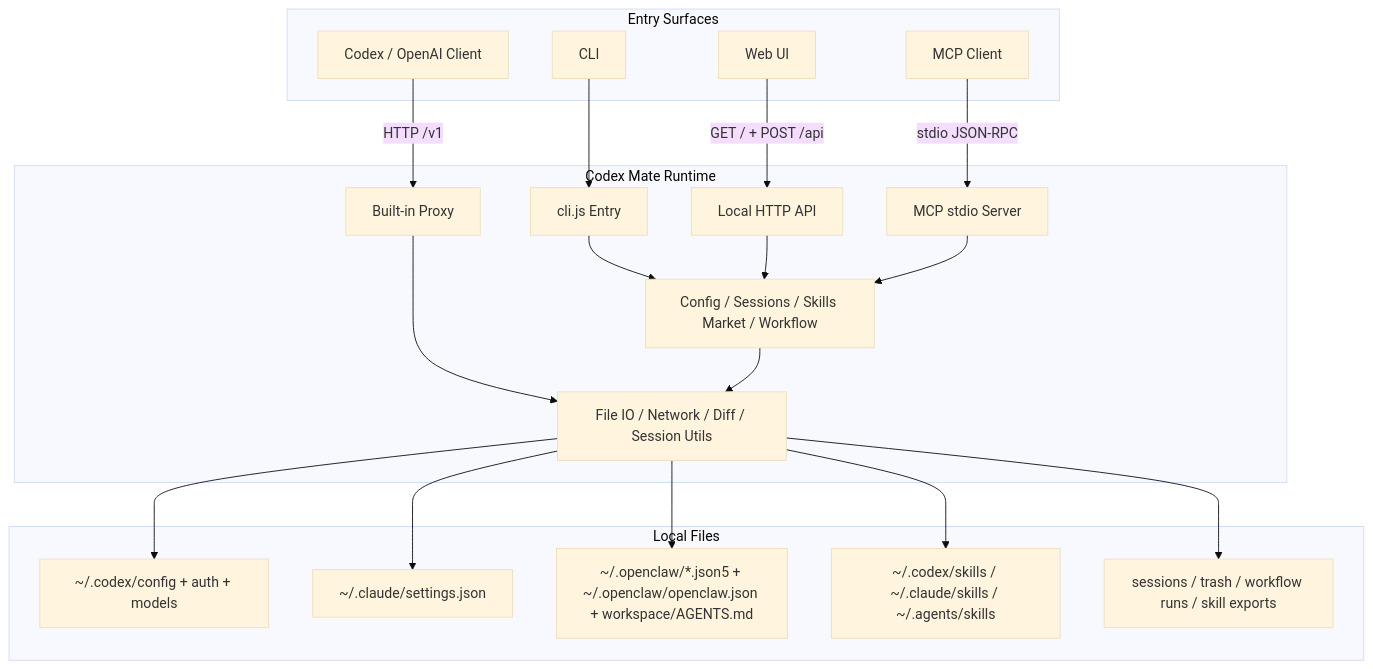
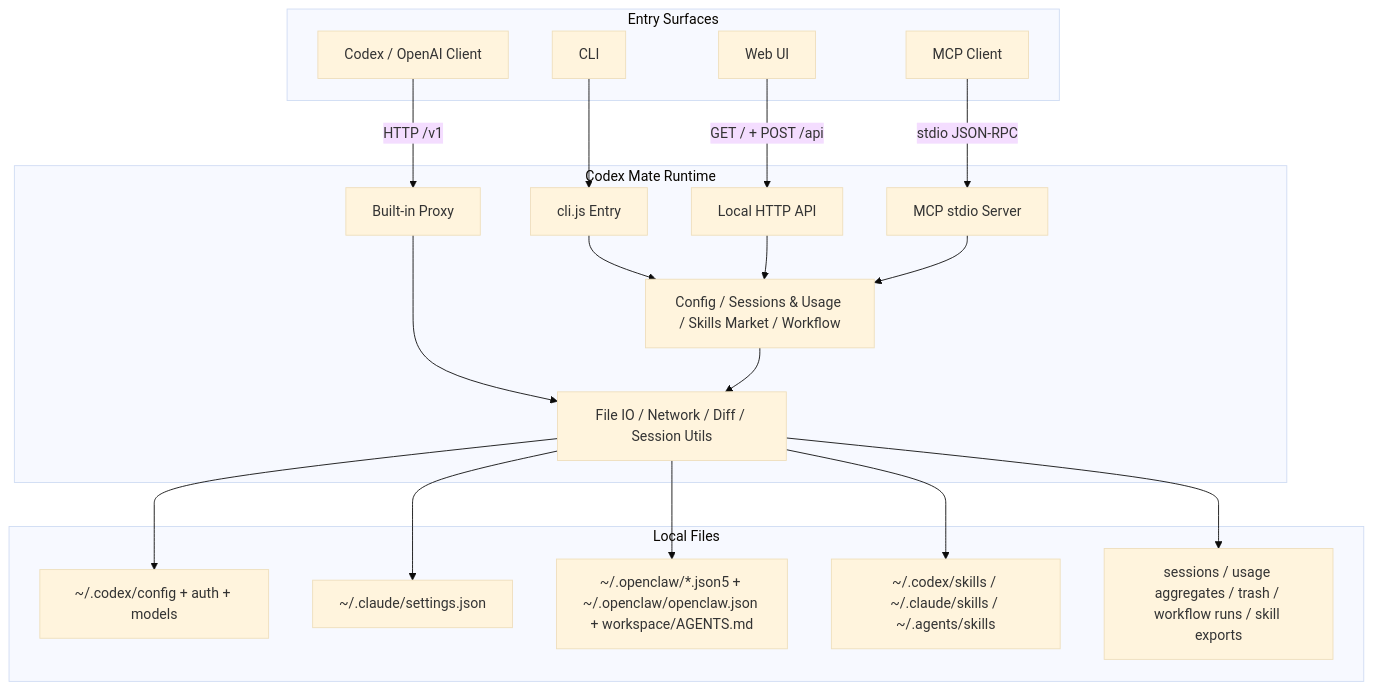
The diagram in README.en.md (ymkiux/codexmate), drawn with Mermaid (base theme) before and after one commit. The commit also changed other lines of this file and 1 other file, not shown here.

Commit message:
docs(readme): expand comparison and architecture for sessions usage

````diff
--- a/README.en.md
+++ b/README.en.md
@@ -72,44 +73,44 @@
 ```mermaid
 flowchart TB
     subgraph Interfaces["Entry Surfaces"]
       CLI["CLI"]
       WEB["Web UI"]
       MCP["MCP Client"]
       OAI["Codex / OpenAI Client"]
     end
 
     subgraph Runtime["Codex Mate Runtime"]
       ENTRY["cli.js Entry"]
       API["Local HTTP API"]
       MCPS["MCP stdio Server"]
       PROXY["Built-in Proxy"]
-      SERVICES["Config / Sessions / Skills Market / Workflow"]
+      SERVICES["Config / Sessions & Usage / Skills Market / Workflow"]
       CORE["File IO / Network / Diff / Session Utils"]
     end
 
     subgraph Data["Local Files"]
       CODEX["~/.codex/config + auth + models"]
       CLAUDE["~/.claude/settings.json"]
       OPENCLAW["~/.openclaw/*.json5 + ~/.openclaw/openclaw.json + workspace/AGENTS.md"]
       SKILLS["~/.codex/skills / ~/.claude/skills / ~/.agents/skills"]
-      STATE["sessions / trash / workflow runs / skill exports"]
+      STATE["sessions / usage aggregates / trash / workflow runs / skill exports"]
     end
 
     CLI --> ENTRY
     WEB -->|GET / + POST /api| API
     MCP -->|stdio JSON-RPC| MCPS
     OAI -->|HTTP /v1| PROXY
 
     ENTRY --> SERVICES
     API --> SERVICES
     MCPS --> SERVICES
     PROXY --> CORE
 
     SERVICES --> CORE
 
     CORE --> CODEX
     CORE --> CLAUDE
     CORE --> OPENCLAW
     CORE --> SKILLS
     CORE --> STATE
 ```
````
